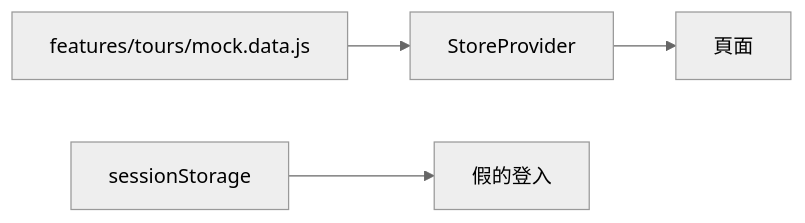
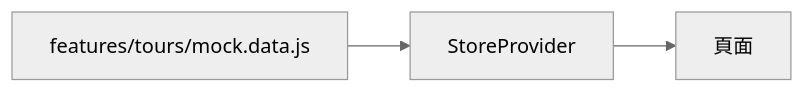
The first of 5 diagrams in source/_posts/lokiTech-15day-13-project-travel-api.md (summer10920/summer10920.github.io), drawn with Mermaid (neutral theme) before and after one commit. The commit also changed other lines of this file and 3 other files, not shown here.

```diff
--- a/source/_posts/lokiTech-15day-13-project-travel-api.md
+++ b/source/_posts/lokiTech-15day-13-project-travel-api.md
@@ -82,5 +82,4 @@
 {% mermaid graph LR %}
   seed["features/tours/mock.data.js"] --> store["StoreProvider"]
   store --> pages["頁面"]
-  session["sessionStorage"] --> gate["假的登入"]
 {% endmermaid %}
```
